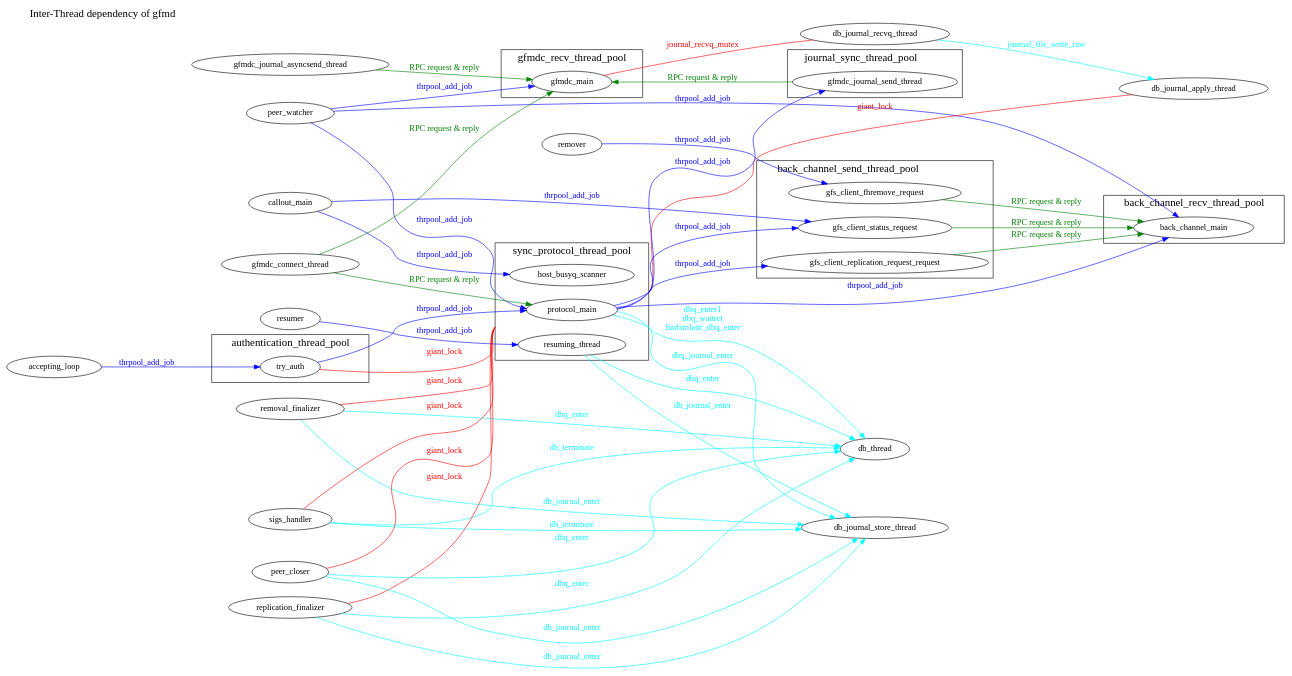
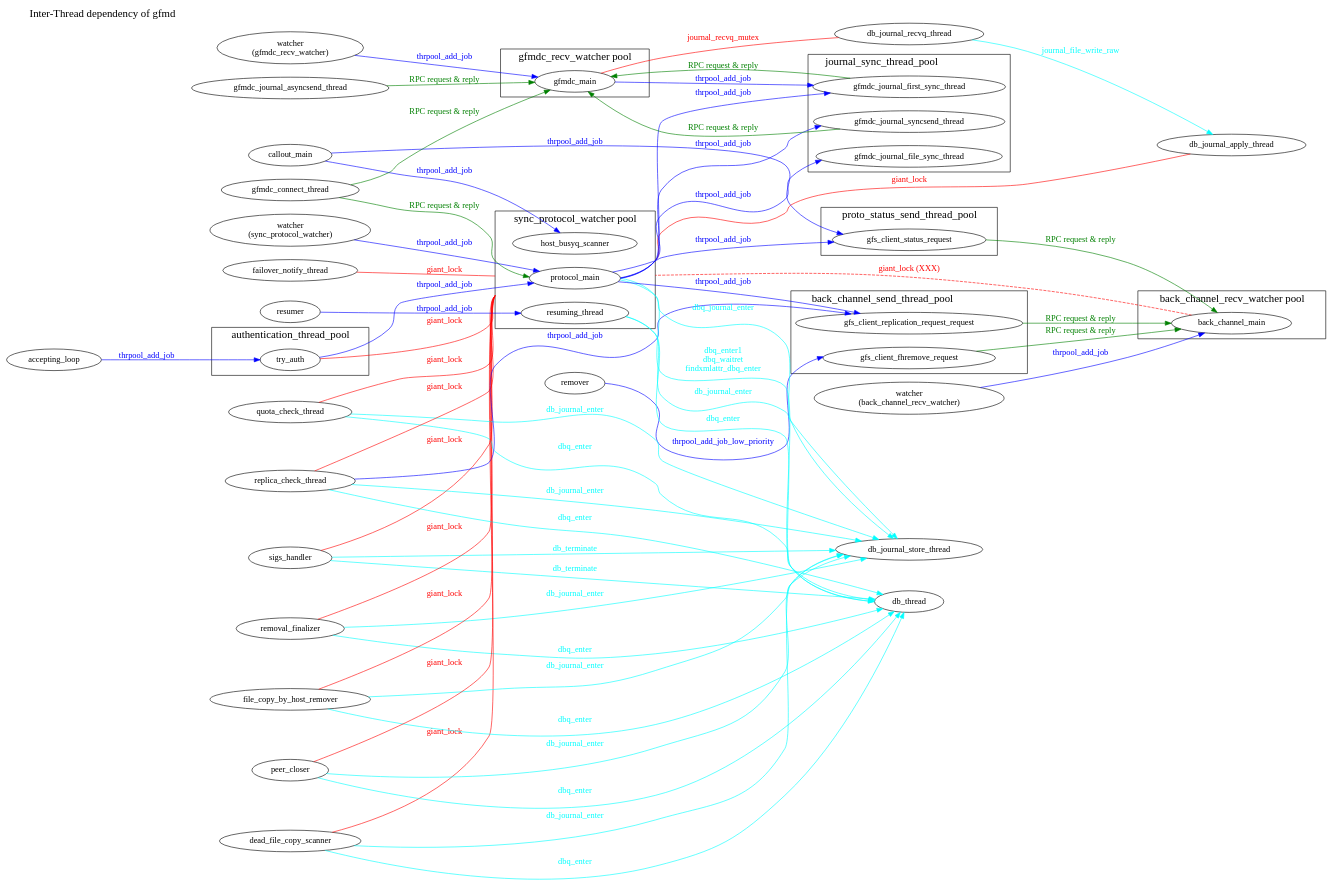
Before and after one commit to oss-tsukuba/gfarm: the diagram in doc/internal/chart/gfmd-thread-dependency.dot, drawn with Graphviz. The commit also changed 2 other files, not shown here.

Commit message:
doc: update the gfmd thread dependency chart
The chart had not been updated since 2011:
- one watcher thread and thread pool per peer_watcher instead of
  a single peer_watcher
- remove replication_finalizer, which no longer exists
- add proto_status_send_thread_pool, journal_sync_thread_pool jobs
  (syncsend, file_sync, first_sync), dead_file_copy_scanner,
  file_copy_by_host_remover, quota_check_thread, replica_check_thread
  and failover_notify_thread
- show the known violation that back_channel_main takes giant_lock
  as a dashed line
Also update the notes about the chart in gfmd-internal.txt.

Claude-Session: https://claude.ai/code/session_01Q8itMqP3eg71tsgjih2E8a

```diff
--- a/doc/internal/chart/gfmd-thread-dependency.dot
+++ b/doc/internal/chart/gfmd-thread-dependency.dot
@@ -9,12 +9,18 @@
 	compound = true];
 
   accepting_loop;
-  removal_finalizer;
   sigs_handler;
   callout_main;
-  peer_watcher;
-  replication_finalizer;
+  watcher_sync_protocol [label = "watcher\n(sync_protocol_watcher)"];
+  watcher_back_channel [label = "watcher\n(back_channel_recv_watcher)"];
+  watcher_gfmdc [label = "watcher\n(gfmdc_recv_watcher)"];
   remover;
+  removal_finalizer;
+  dead_file_copy_scanner;
+  file_copy_by_host_remover;
+  quota_check_thread;
+  replica_check_thread;
+  failover_notify_thread;
   resumer;
   peer_closer;
 
@@ -36,14 +42,26 @@
 	[label = "dbq_enter", fontcolor = cyan, color = cyan ];
   resuming_thread -> db_journal_store_thread
 	[label = "db_journal_enter", fontcolor = cyan, color = cyan ];
-  replication_finalizer -> db_thread
-	[label = "dbq_enter", fontcolor = cyan, color = cyan ];
-  replication_finalizer -> db_journal_store_thread
-	[label = "db_journal_enter", fontcolor = cyan, color = cyan ];
   removal_finalizer -> db_journal_store_thread
 	[label = "db_journal_enter", fontcolor = cyan, color = cyan ];
   removal_finalizer -> db_thread
 	[label = "dbq_enter", fontcolor = cyan, color = cyan ];
+  dead_file_copy_scanner -> db_thread
+	[label = "dbq_enter", fontcolor = cyan, color = cyan ];
+  dead_file_copy_scanner -> db_journal_store_thread
+	[label = "db_journal_enter", fontcolor = cyan, color = cyan ];
+  file_copy_by_host_remover -> db_thread
+	[label = "dbq_enter", fontcolor = cyan, color = cyan ];
+  file_copy_by_host_remover -> db_journal_store_thread
+	[label = "db_journal_enter", fontcolor = cyan, color = cyan ];
+  quota_check_thread -> db_thread
+	[label = "dbq_enter", fontcolor = cyan, color = cyan ];
+  quota_check_thread -> db_journal_store_thread
+	[label = "db_journal_enter", fontcolor = cyan, color = cyan ];
+  replica_check_thread -> db_thread
+	[label = "dbq_enter", fontcolor = cyan, color = cyan ];
+  replica_check_thread -> db_journal_store_thread
+	[label = "db_journal_enter", fontcolor = cyan, color = cyan ];
   peer_closer -> db_thread
 	[label = "dbq_enter", fontcolor = cyan, color = cyan ];
   peer_closer -> db_journal_store_thread
@@ -66,7 +84,7 @@
 
 
   subgraph cluster1 {
-    label = "sync_protocol_thread_pool";
+    label = "sync_protocol_watcher pool";
 
     host_busyq_scanner;
     protocol_main;
@@ -76,19 +94,24 @@
   subgraph cluster2 {
     label = "back_channel_send_thread_pool";
 
-    gfs_client_status_request;
     gfs_client_fhremove_request;
     gfs_client_replication_request_request;
   }
 
+  subgraph cluster6 {
+    label = "proto_status_send_thread_pool";
+
+    gfs_client_status_request;
+  }
+
   subgraph cluster3 {
-    label = "back_channel_recv_thread_pool";
+    label = "back_channel_recv_watcher pool";
 
     back_channel_main;
   }
 
   subgraph cluster4 {
-    label = "gfmdc_recv_thread_pool";
+    label = "gfmdc_recv_watcher pool";
 
     gfmdc_main;
   }
@@ -96,14 +119,16 @@
   subgraph cluster5 {
     label = "journal_sync_thread_pool";
 
-    gfmdc_journal_send_thread;
+    gfmdc_journal_syncsend_thread;
+    gfmdc_journal_file_sync_thread;
+    gfmdc_journal_first_sync_thread;
   }
 
   callout_main -> host_busyq_scanner
 	[label = "thrpool_add_job", fontcolor = blue, color = blue];
   try_auth -> protocol_main
 	[label = "thrpool_add_job", fontcolor = blue, color = blue];
-  peer_watcher -> protocol_main
+  watcher_sync_protocol -> protocol_main
 	[label = "thrpool_add_job", fontcolor = blue, color = blue];
   resumer -> resuming_thread
 	[label = "thrpool_add_job", fontcolor = blue, color = blue];
@@ -111,12 +136,24 @@
   try_auth -> protocol_main
 	[label = "giant_lock", fontcolor = red, color = red,
 	lhead = cluster1, dir = none];
-  replication_finalizer -> protocol_main
-	[label = "giant_lock", fontcolor = red, color = red,
-	lhead = cluster1, dir = none];
   removal_finalizer -> protocol_main
 	[label = "giant_lock", fontcolor = red, color = red,
 	lhead=cluster1, dir = none];
+  dead_file_copy_scanner -> protocol_main
+	[label = "giant_lock", fontcolor = red, color = red,
+	lhead = cluster1, dir = none];
+  file_copy_by_host_remover -> protocol_main
+	[label = "giant_lock", fontcolor = red, color = red,
+	lhead = cluster1, dir = none];
+  quota_check_thread -> protocol_main
+	[label = "giant_lock", fontcolor = red, color = red,
+	lhead = cluster1, dir = none];
+  replica_check_thread -> protocol_main
+	[label = "giant_lock", fontcolor = red, color = red,
+	lhead = cluster1, dir = none];
+  failover_notify_thread -> protocol_main
+	[label = "giant_lock", fontcolor = red, color = red,
+	lhead = cluster1, dir = none];
   peer_closer -> protocol_main
 	[label = "giant_lock", fontcolor = red, color = red,
 	lhead = cluster1, dir = none];
@@ -126,26 +163,36 @@
   db_journal_apply_thread -> protocol_main
 	[label = "giant_lock", fontcolor = red, color = red,
 	lhead = cluster1, dir = none];
+  back_channel_main -> protocol_main
+	[label = "giant_lock (XXX)", fontcolor = red, color = red,
+	lhead = cluster1, dir = none, style = dashed];
   gfmdc_main -> db_journal_recvq_thread
 	[label = "journal_recvq_mutex", fontcolor = red, color = red,
 	dir = none];
 
   protocol_main -> gfs_client_replication_request_request
 	[label = "thrpool_add_job", fontcolor = blue, color = blue];
+  replica_check_thread -> gfs_client_replication_request_request
+	[label = "thrpool_add_job", fontcolor = blue, color = blue];
   protocol_main -> gfs_client_status_request
 	[label = "thrpool_add_job", fontcolor = blue, color = blue];
   callout_main -> gfs_client_status_request
 	[label = "thrpool_add_job", fontcolor = blue, color = blue];
   remover -> gfs_client_fhremove_request
+	[label = "thrpool_add_job_low_priority",
+	 fontcolor = blue, color = blue];
+
+  protocol_main -> gfmdc_journal_syncsend_thread
 	[label = "thrpool_add_job", fontcolor = blue, color = blue];
-
-  protocol_main -> back_channel_main
+  protocol_main -> gfmdc_journal_file_sync_thread
 	[label = "thrpool_add_job", fontcolor = blue, color = blue];
-  protocol_main -> gfmdc_journal_send_thread
+  protocol_main -> gfmdc_journal_first_sync_thread
 	[label = "thrpool_add_job", fontcolor = blue, color = blue];
-  peer_watcher -> back_channel_main
+  gfmdc_main -> gfmdc_journal_first_sync_thread
 	[label = "thrpool_add_job", fontcolor = blue, color = blue];
-  peer_watcher -> gfmdc_main
+  watcher_back_channel -> back_channel_main
+	[label = "thrpool_add_job", fontcolor = blue, color = blue];
+  watcher_gfmdc -> gfmdc_main
 	[label = "thrpool_add_job", fontcolor = blue, color = blue];
   gfs_client_status_request -> back_channel_main
 	[label = "RPC request & reply", fontcolor = green, color = green];
@@ -153,7 +200,9 @@
 	[label = "RPC request & reply", fontcolor = green, color = green];
   gfs_client_replication_request_request -> back_channel_main
 	[label = "RPC request & reply", fontcolor = green, color = green];
-  gfmdc_journal_send_thread -> gfmdc_main
+  gfmdc_journal_syncsend_thread -> gfmdc_main
+	[label = "RPC request & reply", fontcolor = green, color = green];
+  gfmdc_journal_first_sync_thread -> gfmdc_main
 	[label = "RPC request & reply", fontcolor = green, color = green];
   gfmdc_connect_thread -> gfmdc_main
 	[label = "RPC request & reply", fontcolor = green, color = green];
```
